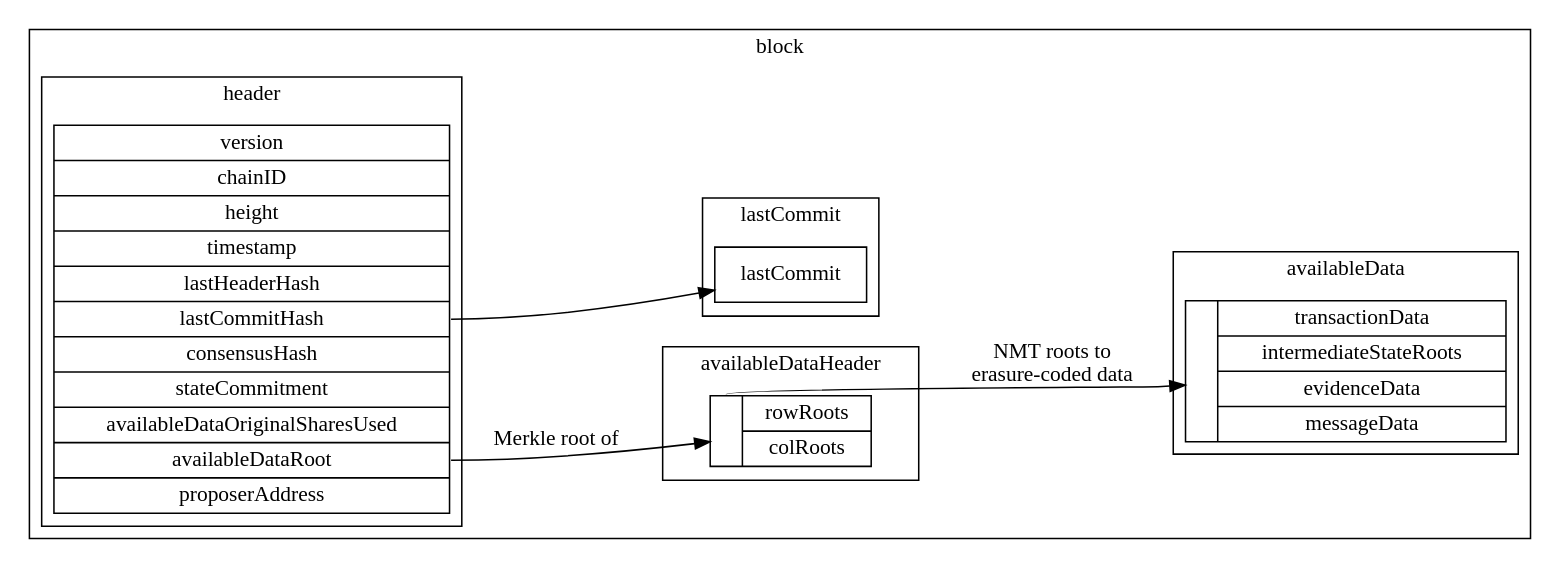
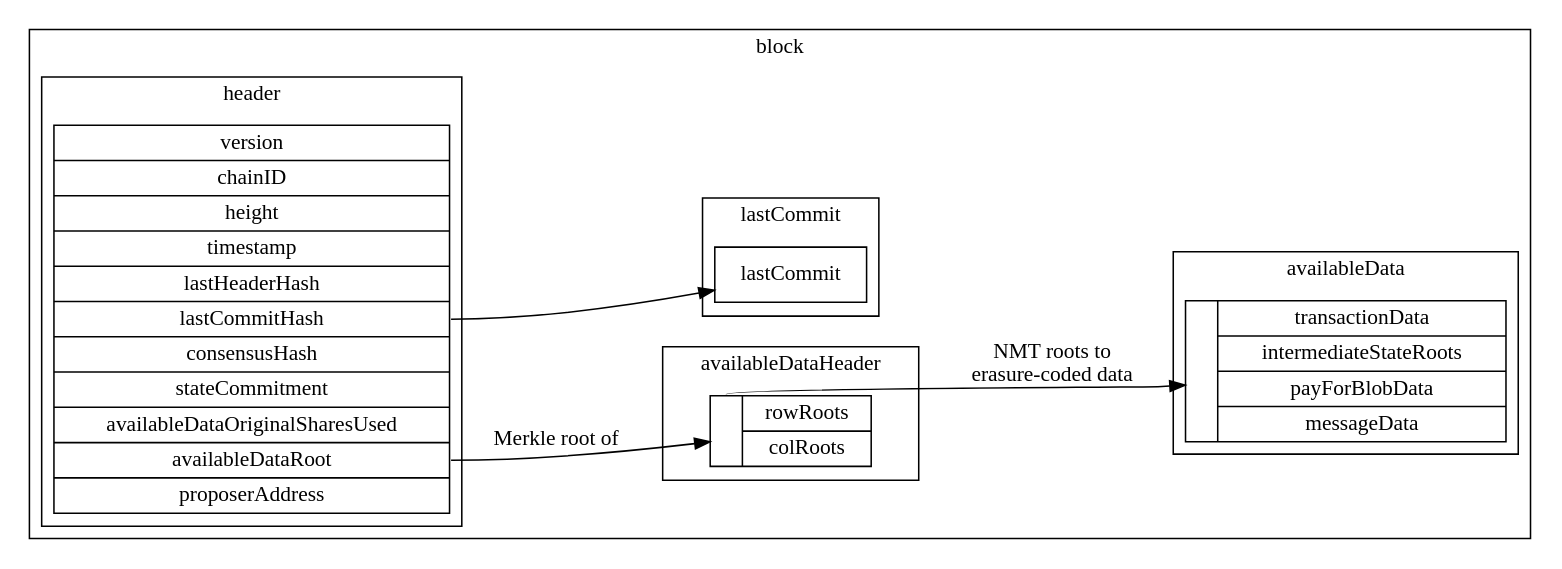
Before and after one commit to celestiaorg/celestia-app: the diagram in specs/src/specs/figures/block_data_structures.dot, drawn with Graphviz. The commit also changed 2 other files, not shown here.

Commit message:
docs: remove evidenceData from block data structures diagram

```diff
--- a/specs/src/specs/figures/block_data_structures.dot
+++ b/specs/src/specs/figures/block_data_structures.dot
@@ -1,36 +1,36 @@
 digraph G {
     rankdir = "LR";
     node [shape = record];
 
     subgraph cluster_block {
         label = "block";
 
         subgraph cluster_availableheader {
             label = "availableDataHeader";
             struct4 [label = "{<f0> | { rowRoots | colRoots } }"];
         }
 
         subgraph cluster_body {
             label = "availableData";
-            struct3 [label = "{ | { transactionData | intermediateStateRoots | evidenceData | messageData } }"];
+            struct3 [label = "{ | { transactionData | intermediateStateRoots | payForBlobData | messageData } }"];
         }
 
         subgraph cluster_lastcommit {
             label = "lastCommit";
             struct2 [label = "{lastCommit}"];
         }
 
         subgraph cluster_header {
             label = "header";
             struct1 [label = "version | chainID | height | timestamp | lastHeaderHash | <f5> lastCommitHash | consensusHash | stateCommitment | availableDataOriginalSharesUsed | <f9> availableDataRoot | proposerAddress"];
         }
     }
 
     struct1:f5 -> struct2;
     struct1:f9 -> struct4 [label = "Merkle root of"];
     struct4:f0 -> struct3 [label = "NMT roots to\nerasure-coded data"];
 
     edge [style = invis];
     struct1 -> struct3;
     struct1 -> struct4;
 }
```
